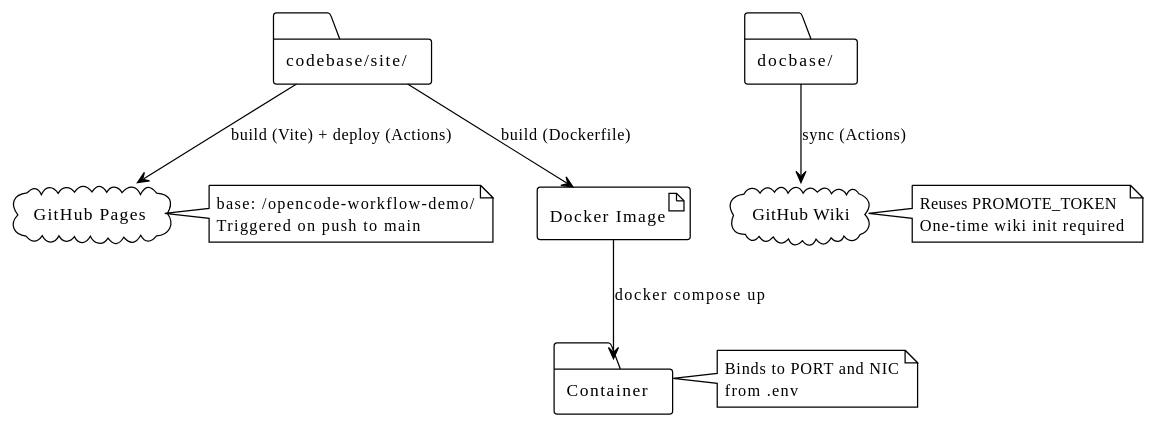
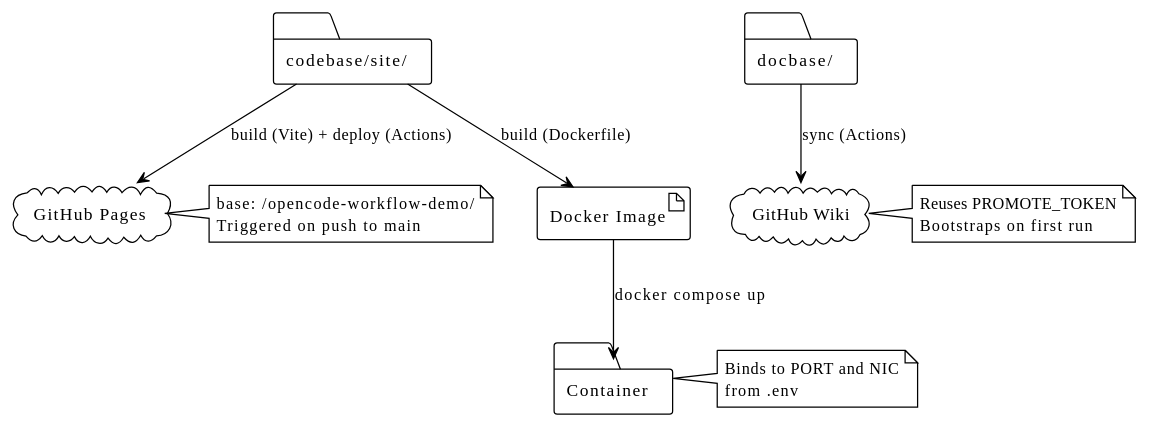
Before and after one commit to Mcc-Mak/opencode-workflow-demo: the fourth of 4 diagrams in docbase/docs/Architecture.md, drawn with PlantUML. The commit also changed 6 other files, not shown here.

First line of the commit message:
fix: bootstrap wiki on first run instead of failing closed (0.4.1)

````diff
--- a/docbase/docs/Architecture.md
+++ b/docbase/docs/Architecture.md
@@ -101,32 +101,32 @@
 ```plantuml
 @startuml
 !theme plain
 
 artifact "Docker Image" as image
 folder "Container" as container
 cloud "GitHub Pages" as pages
 cloud "GitHub Wiki" as wiki
 folder "codebase/site/" as source
 folder "docbase/" as docs
 
 source --> image : build (Dockerfile)
 image --> container : docker compose up
 source --> pages : build (Vite) + deploy (Actions)
 docs --> wiki : sync (Actions)
 
 note right of container
   Binds to PORT and NIC
   from .env
 end note
 
 note right of pages
   base: /opencode-workflow-demo/
   Triggered on push to main
 end note
 
 note right of wiki
   Reuses PROMOTE_TOKEN
-  One-time wiki init required
+  Bootstraps on first run
 end note
 @enduml
 ```
````
